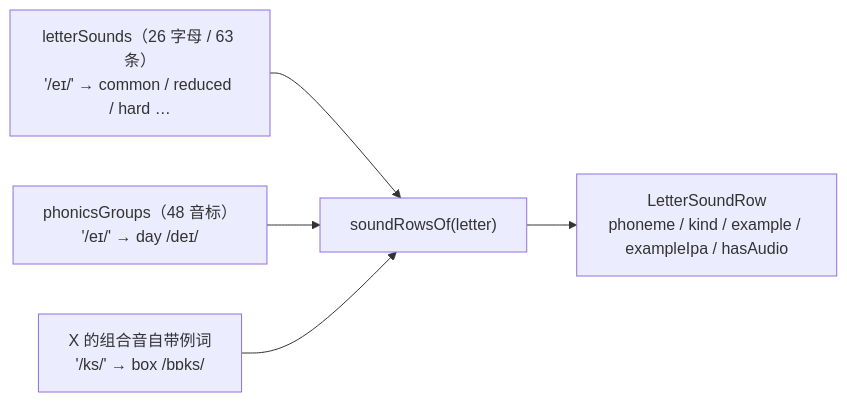
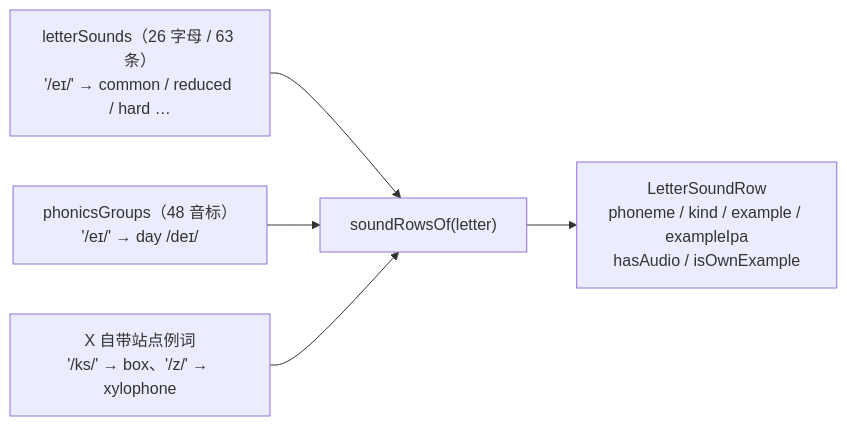
Before and after one commit to kindywu/contexta: the second of 7 diagrams in impl/app/flutter/docs/reference-alphabet.md, drawn with Mermaid. The commit also changed other lines of this file and 20 other files, not shown here.

````diff
--- a/impl/app/flutter/docs/reference-alphabet.md
+++ b/impl/app/flutter/docs/reference-alphabet.md
@@ -55,7 +52,7 @@
 ```mermaid
 flowchart LR
     A["letterSounds（26 字母 / 63 条）<br/>'/eɪ/' → common / reduced / hard …"] --> C["soundRowsOf(letter)"]
     B["phonicsGroups（48 音标）<br/>'/eɪ/' → day /deɪ/"] --> C
-    C --> D["LetterSoundRow<br/>phoneme / kind / example / exampleIpa / hasAudio"]
-    E["X 的组合音自带例词<br/>'/ks/' → box /bɒks/"] --> C
+    C --> D["LetterSoundRow<br/>phoneme / kind / example / exampleIpa<br/>hasAudio / isOwnExample"]
+    E["X 自带站点例词<br/>'/ks/' → box、'/z/' → xylophone"] --> C
 ```
````
